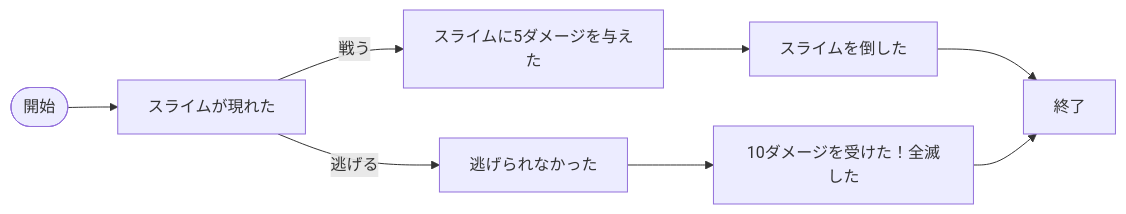
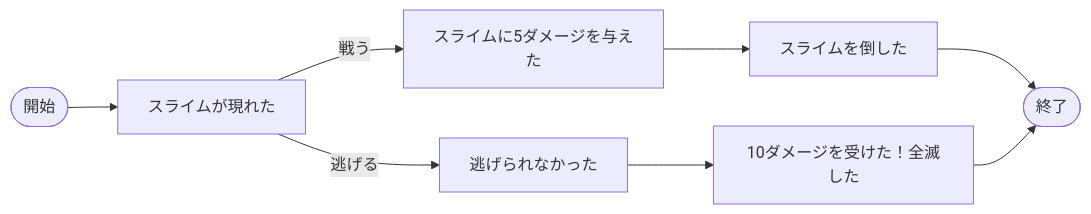
The first of 3 diagrams in README.md (tpu-game-2023/mermaid_test), drawn with Mermaid before and after one commit.

````diff
--- a/README.md
+++ b/README.md
@@ -20,11 +20,10 @@
 ```mermaid
 flowchart LR;
   A([開始]) --> B[スライムが現れた];
   B -- 戦う --> C[スライムに5ダメージを与えた];
   C --> D[スライムを倒した];
   B -- 逃げる --> E[逃げられなかった];
   E --> F[10ダメージを受けた！全滅した];
-  D --> G[終了];
-  F --> G
-  
+  D --> G([終了]);
+  F --> G;
 ```
````
